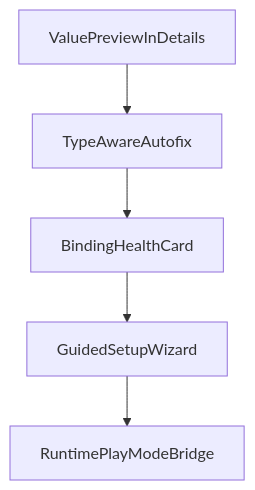
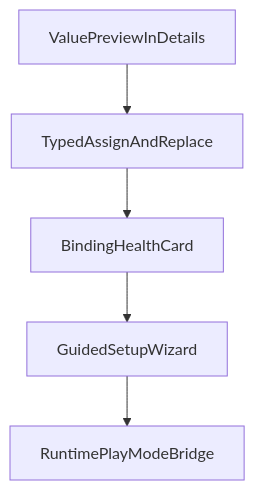
The diagram in addons/ui_react/docs/plugin_ux_plans/plugin_ux_roadmap.md (bioartgames/ui_react), drawn with Mermaid before and after one commit. The commit also changed other lines of this file and 6 other files, not shown here.

````diff
--- a/addons/ui_react/docs/plugin_ux_plans/plugin_ux_roadmap.md
+++ b/addons/ui_react/docs/plugin_ux_plans/plugin_ux_roadmap.md
@@ -7,7 +9,7 @@
 ```mermaid
 flowchart TD
-  valuePreview[ValuePreviewInDetails] --> typeAutofix[TypeAwareAutofix]
-  typeAutofix --> healthCard[BindingHealthCard]
+  valuePreview[ValuePreviewInDetails] --> typedAssign[TypedAssignAndReplace]
+  typedAssign --> healthCard[BindingHealthCard]
   healthCard --> setupWizard[GuidedSetupWizard]
   setupWizard --> runtimeBridge[RuntimePlayModeBridge]
 ```
````
